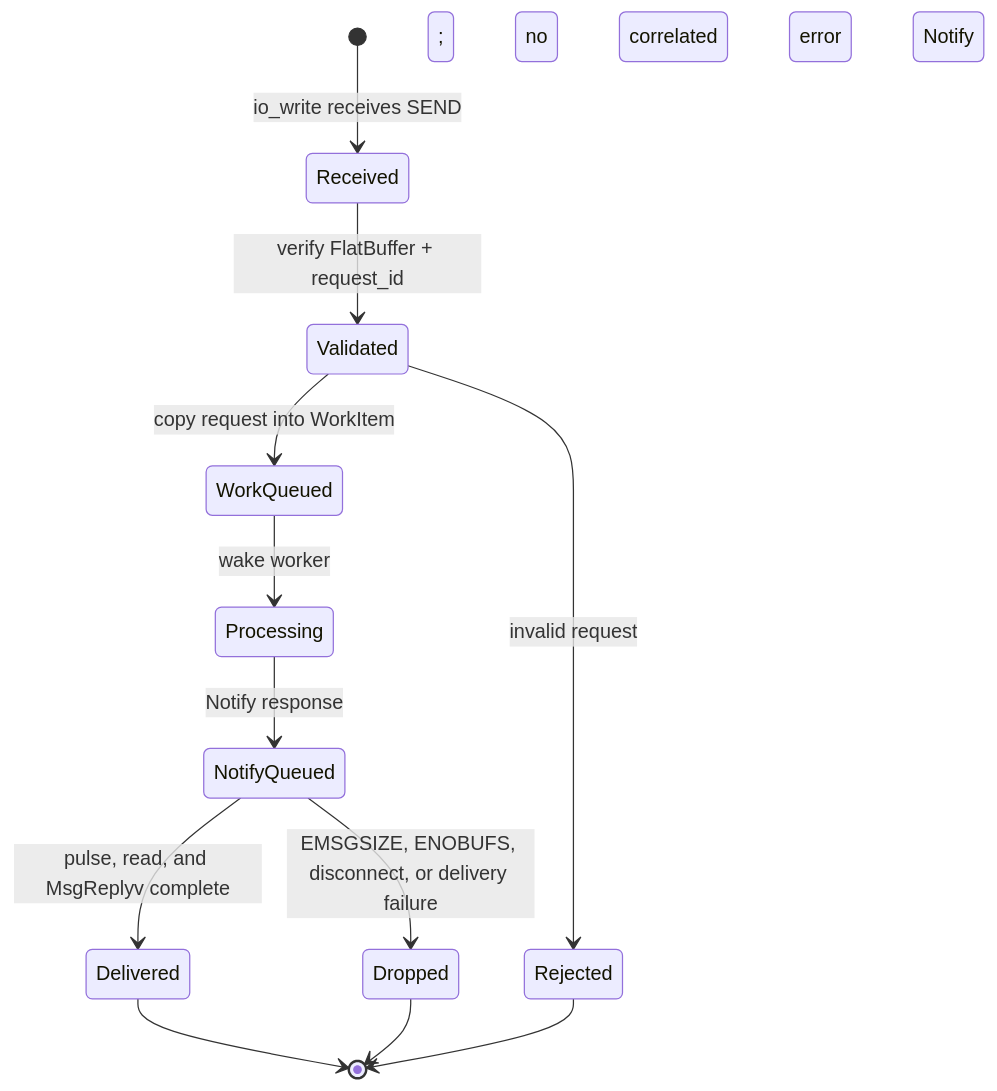
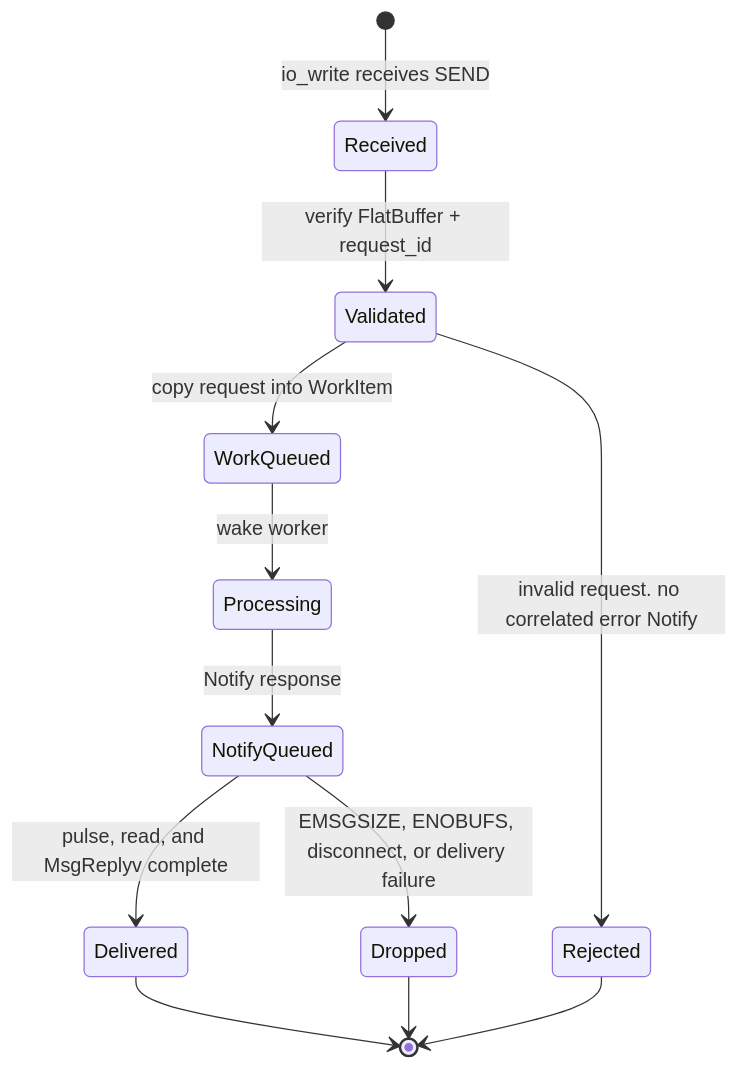
The fifth of 5 diagrams in score/tests/ipc_poc/message_passing_overview.md (eclipse-score/inc_security_crypto), drawn with Mermaid before and after one commit. The commit also changed 8 other files, not shown here.

````diff
--- a/score/tests/ipc_poc/message_passing_overview.md
+++ b/score/tests/ipc_poc/message_passing_overview.md
@@ -194,15 +194,15 @@
 ```mermaid
 stateDiagram
     [*] --> Received: io_write receives SEND
     Received --> Validated: verify FlatBuffer + request_id
     Validated --> WorkQueued: copy request into WorkItem
-    Validated --> Rejected: invalid request; no correlated error Notify
+    Validated --> Rejected: invalid request. no correlated error Notify
     WorkQueued --> Processing: wake worker
     Processing --> NotifyQueued: Notify response
     NotifyQueued --> Delivered: pulse, read, and MsgReplyv complete
     NotifyQueued --> Dropped: EMSGSIZE, ENOBUFS, disconnect, or delivery failure
     Delivered --> [*]
     Dropped --> [*]
     Rejected --> [*]
 
 ```
````
